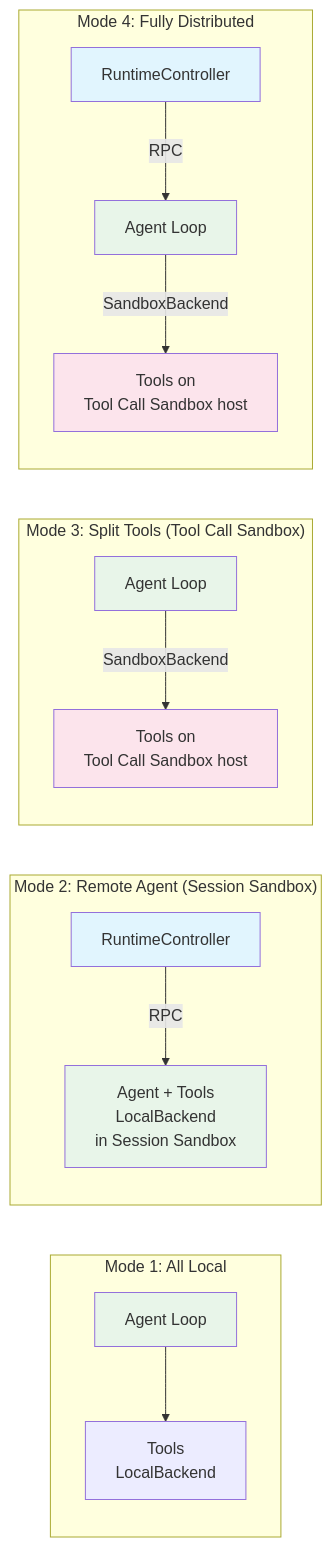
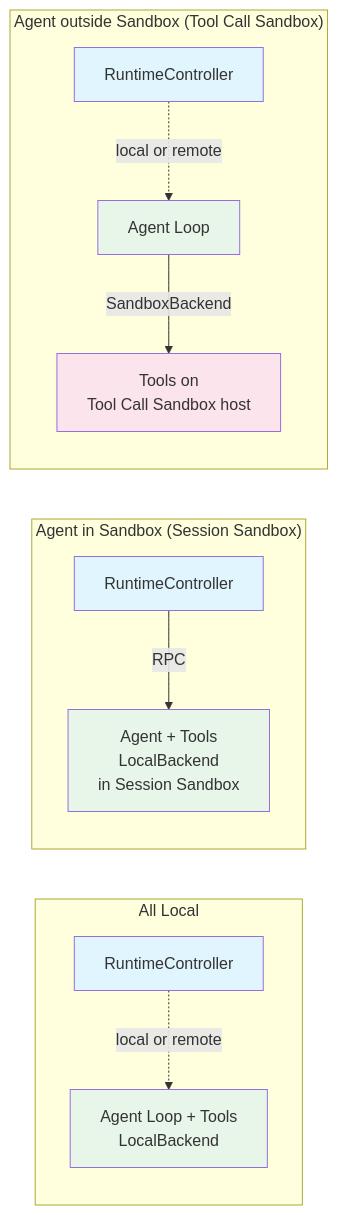
Before and after one commit to dcosson/flex-agent-runtime: the first of 11 diagrams in docs/plans/00-architecture.md, drawn with Mermaid. The commit also changed other lines of this file, not shown here.

First line of the commit message:
docs: clarify architecture doc placement modes and three-layer model

````diff
--- a/docs/plans/00-architecture.md
+++ b/docs/plans/00-architecture.md
@@ -86,27 +87,22 @@
 ```mermaid
 graph LR
-    subgraph "Mode 1: All Local"
-        M1A[Agent Loop] --> M1B[Tools<br/>LocalBackend]
+    subgraph "All Local"
+        RC1[RuntimeController] -.->|local or remote| M1[Agent Loop + Tools<br/>LocalBackend]
     end
 
-    subgraph "Mode 2: Remote Agent (Session Sandbox)"
-        M2O[RuntimeController] -->|RPC| M2A[Agent + Tools<br/>LocalBackend<br/>in Session Sandbox]
+    subgraph "Agent in Sandbox (Session Sandbox)"
+        RC2[RuntimeController] -->|RPC| M2A[Agent + Tools<br/>LocalBackend<br/>in Session Sandbox]
     end
 
-    subgraph "Mode 3: Split Tools (Tool Call Sandbox)"
-        M3A[Agent Loop] -->|SandboxBackend| M3B[Tools on<br/>Tool Call Sandbox host]
+    subgraph "Agent outside Sandbox (Tool Call Sandbox)"
+        RC3[RuntimeController] -.->|local or remote| M3A[Agent Loop] -->|SandboxBackend| M3B[Tools on<br/>Tool Call Sandbox host]
     end
 
-    subgraph "Mode 4: Fully Distributed"
-        M4O[RuntimeController] -->|RPC| M4A[Agent Loop] -->|SandboxBackend| M4B[Tools on<br/>Tool Call Sandbox host]
-    end
-
-    style M1A fill:#e8f5e9
-    style M2O fill:#e1f5fe
+    style M1 fill:#e8f5e9
     style M2A fill:#e8f5e9
     style M3A fill:#e8f5e9
     style M3B fill:#fce4ec
-    style M4O fill:#e1f5fe
-    style M4A fill:#e8f5e9
-    style M4B fill:#fce4ec
+    style RC1 fill:#e1f5fe
+    style RC2 fill:#e1f5fe
+    style RC3 fill:#e1f5fe
 ```
````
